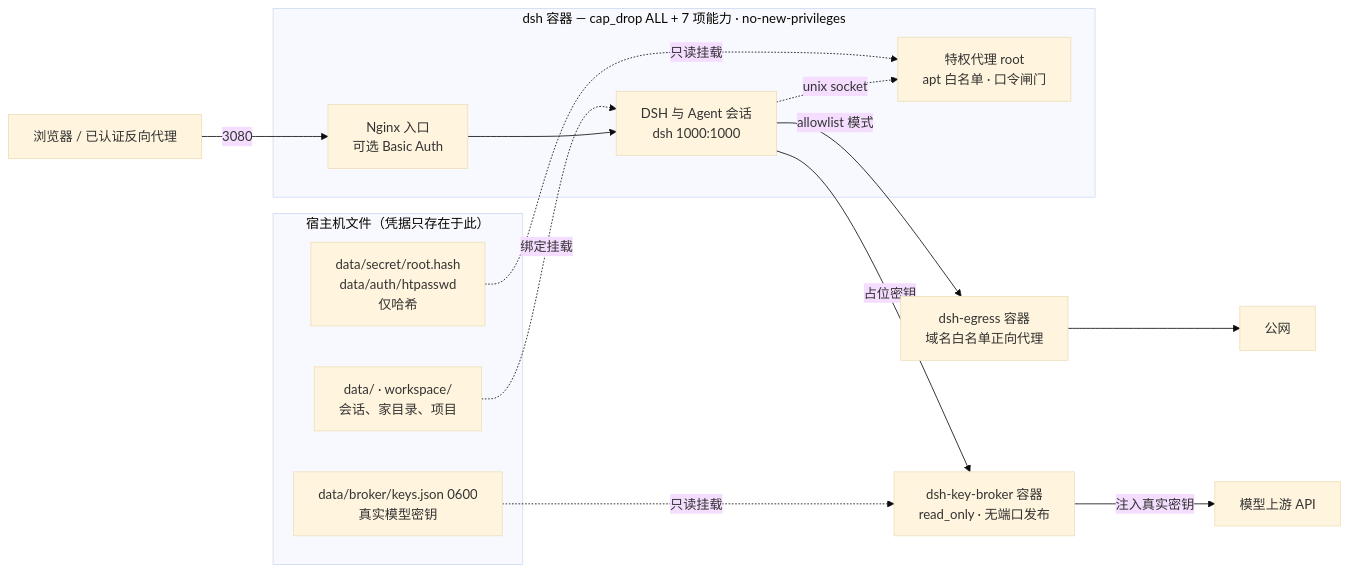
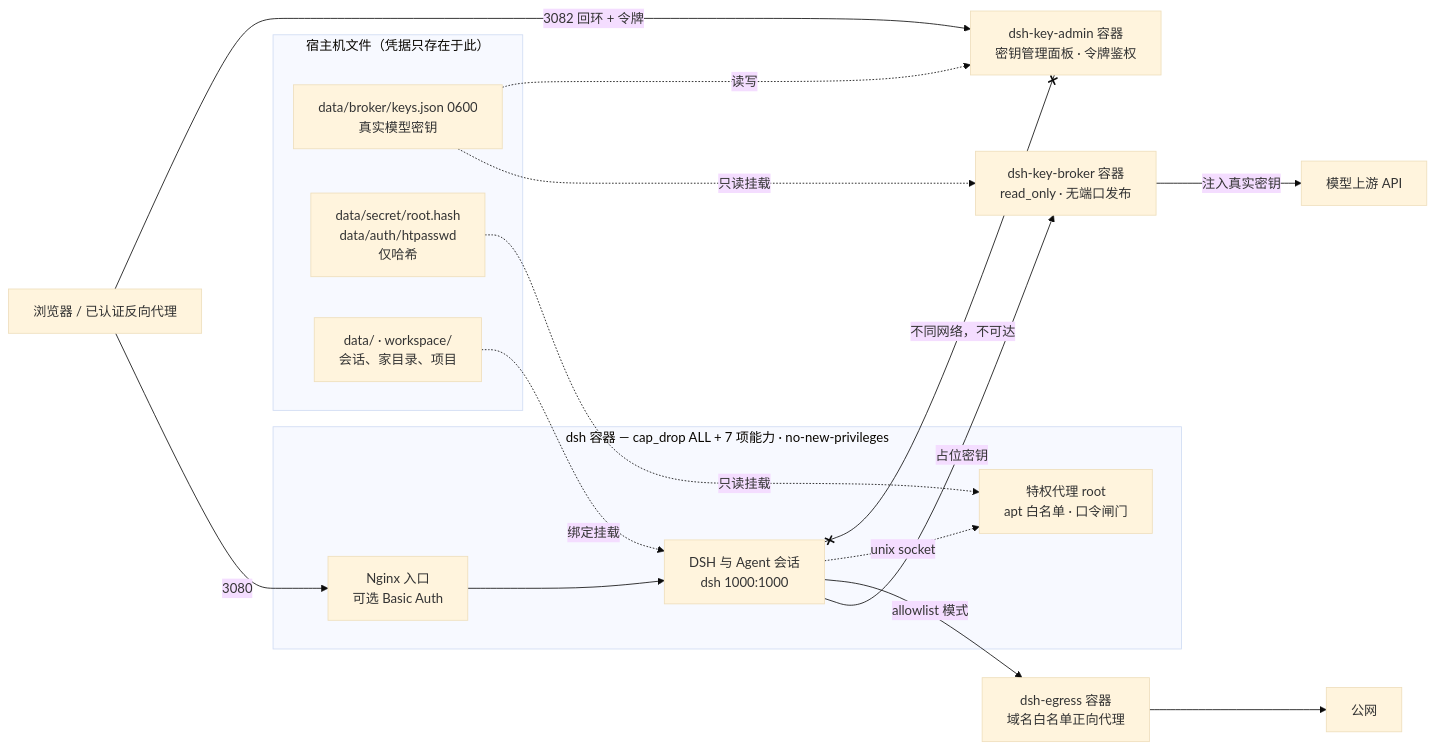
One commit to univers629/dsh-docker changed the diagram in README.md. Above: the diagram before and after it, drawn with Mermaid (base theme). The commit also changed other lines of this file and 29 other files, not shown here.

````diff
--- a/README.md
+++ b/README.md
@@ -117,29 +117,33 @@
 ```mermaid
 flowchart LR
     client["浏览器 / 已认证反向代理"]
 
     subgraph hostfs["宿主机文件（凭据只存在于此）"]
         keys["data/broker/keys.json 0600<br/>真实模型密钥"]
         hashes["data/secret/root.hash<br/>data/auth/htpasswd<br/>仅哈希"]
         mounts["data/ · workspace/<br/>会话、家目录、项目"]
     end
 
     subgraph dsh["dsh 容器 — cap_drop ALL + 7 项能力 · no-new-privileges"]
         nginx["Nginx 入口<br/>可选 Basic Auth"]
         agent["DSH 与 Agent 会话<br/>dsh 1000:1000"]
         helper["特权代理 root<br/>apt 白名单 · 口令闸门"]
     end
 
     broker["dsh-key-broker 容器<br/>read_only · 无端口发布"]
+    admin["dsh-key-admin 容器<br/>密钥管理面板 · 令牌鉴权"]
     egress["dsh-egress 容器<br/>域名白名单正向代理"]
     upstream["模型上游 API"]
     internet["公网"]
 
     client -->|3080| nginx --> agent
+    client -->|3082 回环 + 令牌| admin
     agent -->|占位密钥| broker -->|注入真实密钥| upstream
     agent -->|allowlist 模式| egress --> internet
     agent -.->|unix socket| helper
     keys -.->|只读挂载| broker
+    keys -.->|读写| admin
     hashes -.->|只读挂载| helper
     mounts -.->|绑定挂载| agent
+    agent x-- 不同网络，不可达 --x admin
 ```
````
